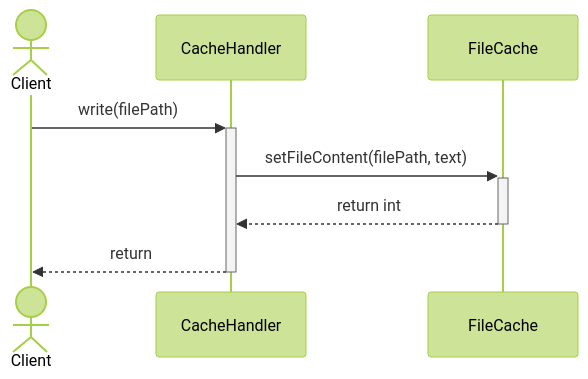
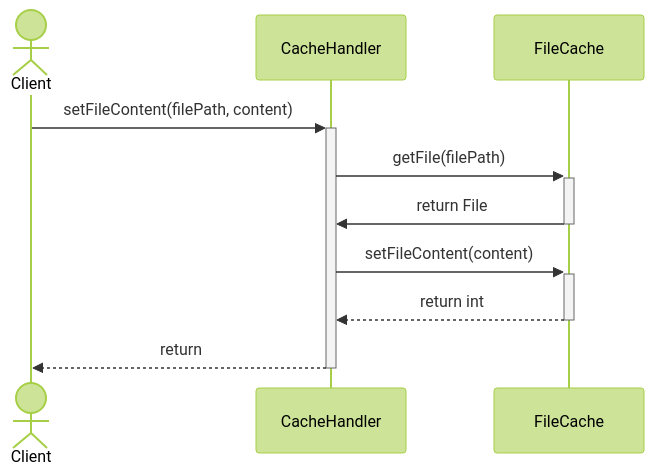
Before and after one commit to kaitokimuraofficial/distributed-file-systems: the fourth of 4 diagrams in diagram/sequence.md, drawn with Mermaid (forest theme). The commit also changed other lines of this file, not shown here.

````diff
--- a/diagram/sequence.md
+++ b/diagram/sequence.md
@@ -52,12 +54,14 @@
 ```mermaid
 sequenceDiagram
 
   actor C as Client
   participant CH as CacheHandler
   participant FC as FileCache
 
-  C->>+CH: write(filePath)
-  CH->>+FC: setFileContent(filePath, text)
+  C->>+CH: setFileContent(filePath, content)
+  CH->>+FC: getFile(filePath)
+  FC->>-CH: return File
+  CH->>+FC: setFileContent(content)
   FC-->>-CH: return int
   CH-->>-C:  return 
 ```
````
